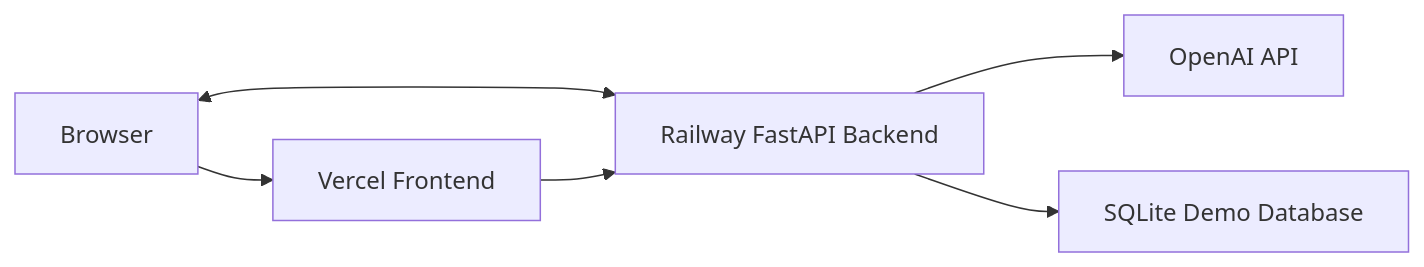
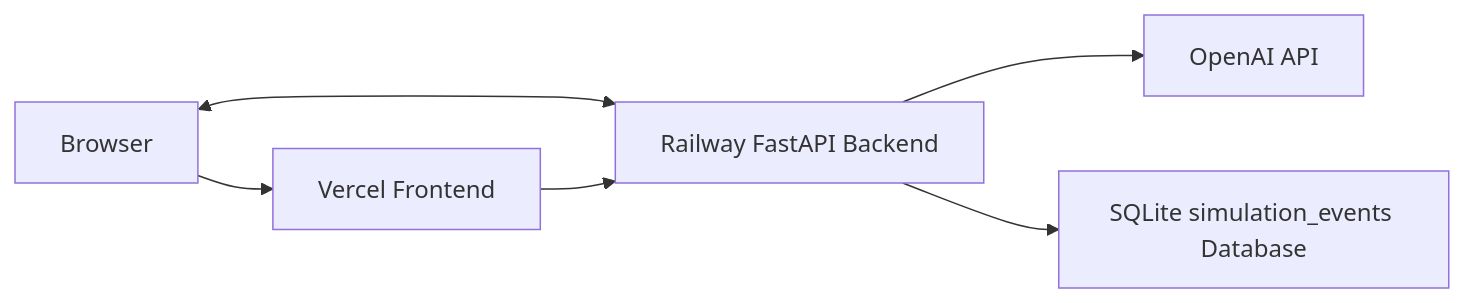
One commit to umang6287/AgroOS changed the fourth of 4 diagrams in ARCHITECTURE.md. Above: the diagram before and after it, drawn with Mermaid. The commit also changed other lines of this file and 120 other files, not shown here.

````diff
--- a/ARCHITECTURE.md
+++ b/ARCHITECTURE.md
@@ -476,8 +528,8 @@
 ```mermaid
 flowchart LR
   Browser["Browser"] --> Vercel["Vercel Frontend"]
   Browser <--> Railway["Railway FastAPI Backend"]
   Vercel --> Railway
   Railway --> OpenAI["OpenAI API"]
-  Railway --> SQLite["SQLite Demo Database"]
+  Railway --> SQLite["SQLite simulation_events Database"]
 ```
````
